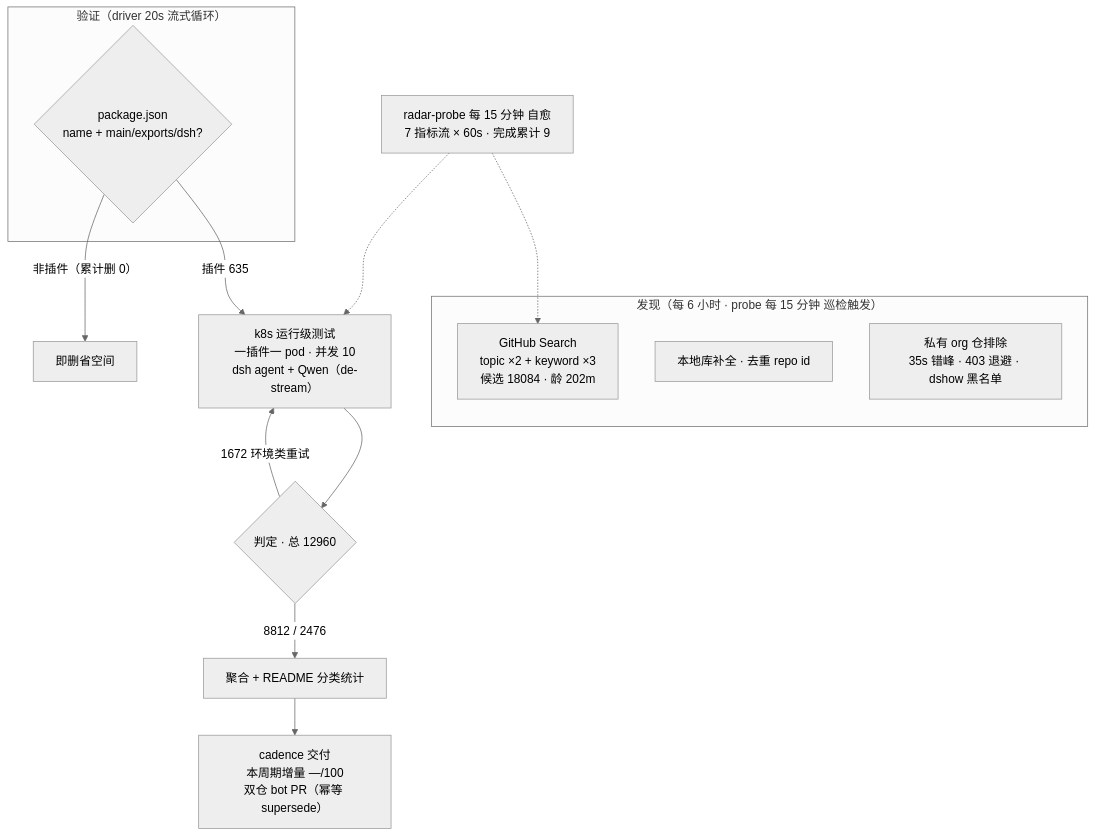
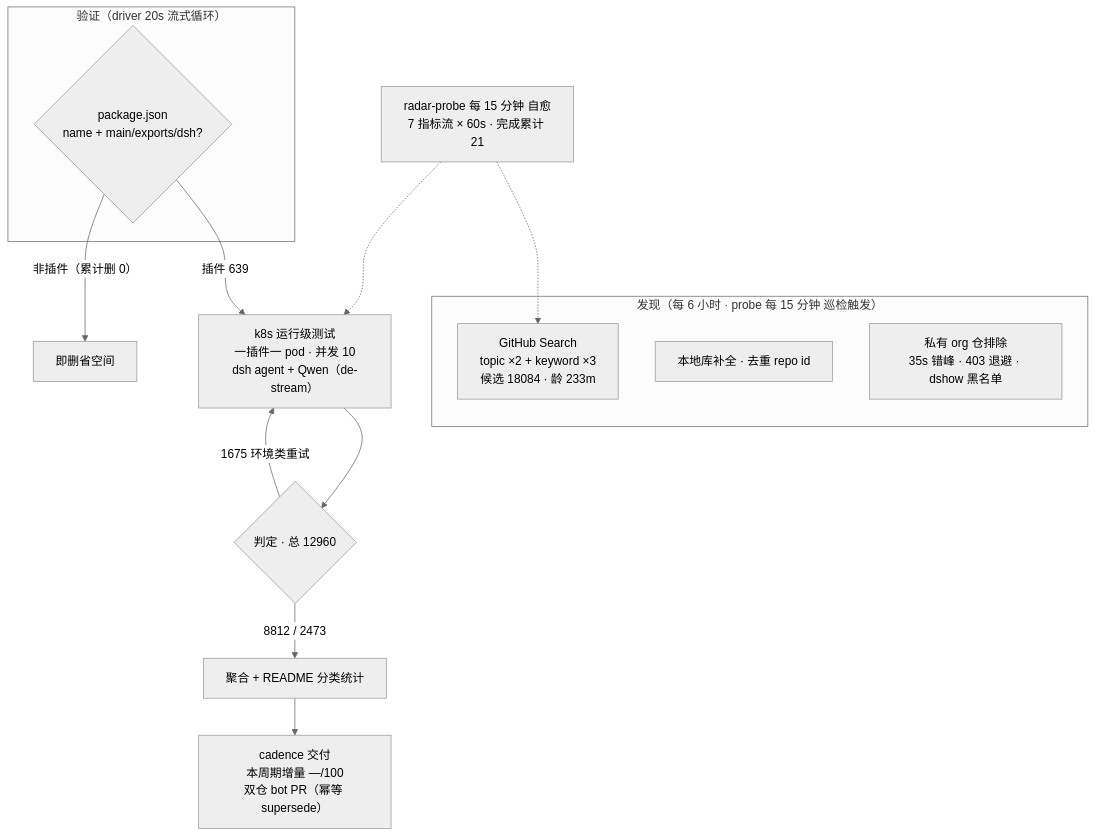
The diagram in README.md (AdamPlatin123/awesome-dsh-plugins), drawn with Mermaid (neutral theme) before and after one commit. The commit also changed other lines of this file and 5 other files, not shown here.

````diff
--- a/README.md
+++ b/README.md
@@ -52,20 +52,20 @@
 ```mermaid
 flowchart TB
     subgraph Discovery["发现（每 6 小时 · probe 每 15 分钟 巡检触发）"]
-        A1["GitHub Search<br/>topic ×2 + keyword ×3<br/>候选 18084 · 龄 202m"]
+        A1["GitHub Search<br/>topic ×2 + keyword ×3<br/>候选 18084 · 龄 233m"]
         A2["本地库补全 · 去重 repo id"]
         A3["私有 org 仓排除<br/>35s 错峰 · 403 退避 · dshow 黑名单"]
     end
     subgraph Validation["验证（driver 20s 流式循环）"]
         B1{"package.json<br/>name + main/exports/dsh?"}
     end
-    B1 -->|"插件 635"| C1["k8s 运行级测试<br/>一插件一 pod · 并发 10<br/>dsh agent + Qwen（de-stream）"]
+    B1 -->|"插件 639"| C1["k8s 运行级测试<br/>一插件一 pod · 并发 10<br/>dsh agent + Qwen（de-stream）"]
     B1 -->|"非插件（累计删 0）"| B3["即删省空间"]
     C1 --> D1{"判定 · 总 12960"}
-    D1 -->|"8812 / 2476"| E1["聚合 + README 分类统计"]
-    D1 -->|"1672 环境类重试"| C1
+    D1 -->|"8812 / 2473"| E1["聚合 + README 分类统计"]
+    D1 -->|"1675 环境类重试"| C1
     E1 --> E2["cadence 交付<br/>本周期增量 —/100<br/>双仓 bot PR（幂等 supersede）"]
-    M["radar-probe 每 15 分钟 自愈<br/>7 指标流 × 60s · 完成累计 9"]
+    M["radar-probe 每 15 分钟 自愈<br/>7 指标流 × 60s · 完成累计 21"]
     M -.-> A1
     M -.-> C1
 ```
````
